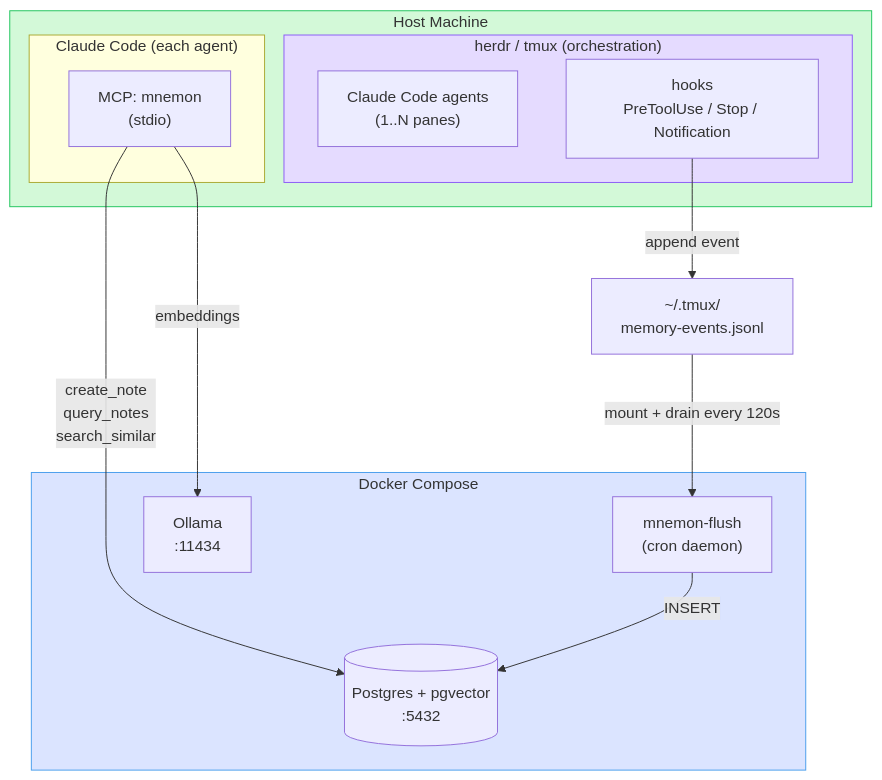
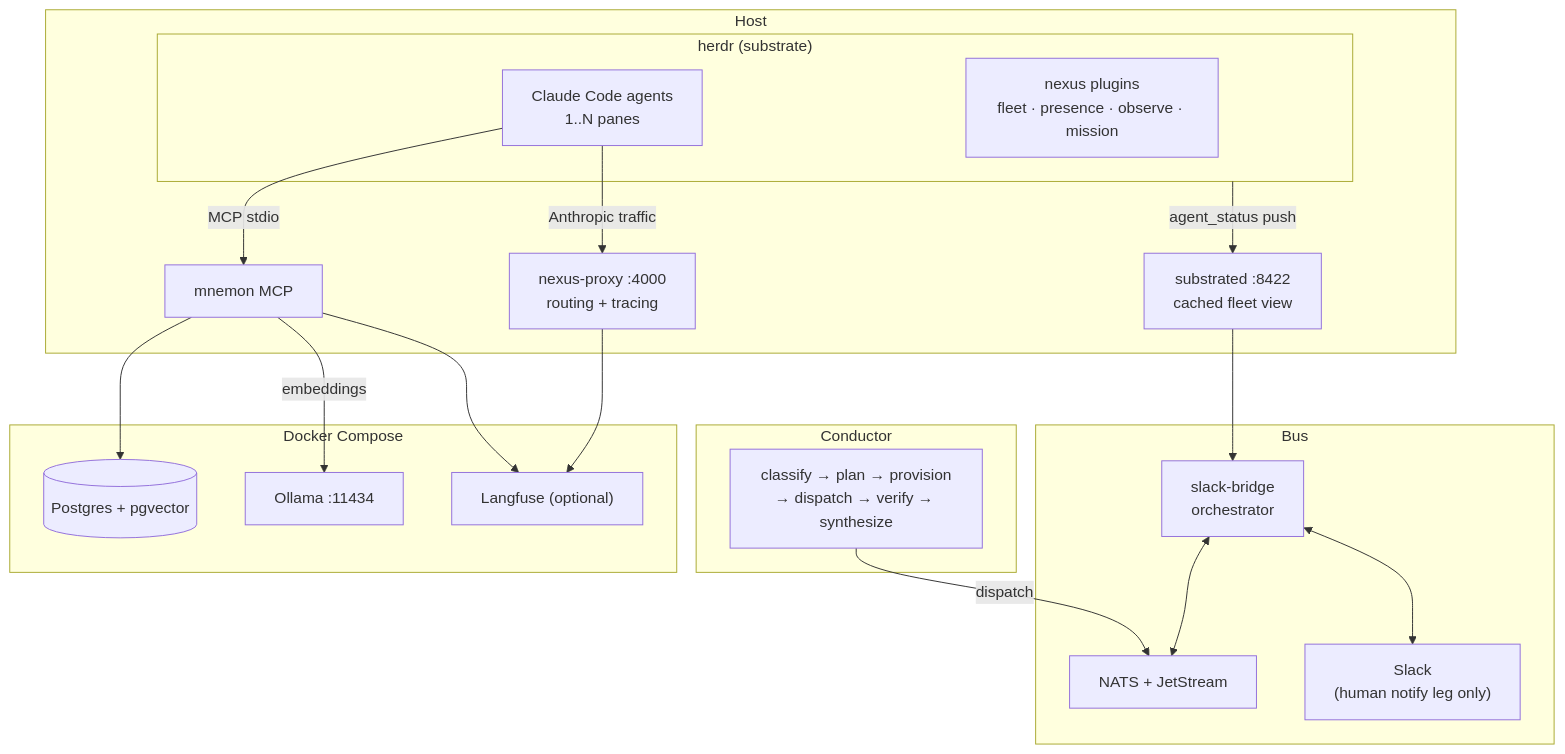
Before and after one commit to persinac/agents-nexus: the diagram in README.md, drawn with Mermaid. The commit also changed other lines of this file, not shown here.

````diff
--- a/README.md
+++ b/README.md
@@ -33,34 +56,39 @@
 ```mermaid
 graph TB
-      subgraph host["Host Machine"]
-          subgraph tmux["herdr / tmux (orchestration)"]
-              agents["Claude Code agents\n(1..N panes)"]
-              hooks["hooks\nPreToolUse / Stop / Notification"]
-          end
+  subgraph host["Host"]
+    subgraph herdr["herdr (substrate)"]
+      agents["Claude Code agents<br/>1..N panes"]
+      plugins["nexus plugins<br/>fleet · presence · observe · mission"]
+    end
+    substrated["substrated :8422<br/>cached fleet view"]
+    proxy_svc["nexus-proxy :4000<br/>routing + tracing"]
+    agents -->|"MCP stdio"| mnemon_mcp["mnemon MCP"]
+    agents -->|"Anthropic traffic"| proxy_svc
+    herdr -->|"agent_status push"| substrated
+  end
 
-          subgraph claude["Claude Code (each agent)"]
-              mcp_mnemon["MCP: mnemon\n(stdio)"]
-          end
-      end
+  subgraph bus["Bus"]
+    nats["NATS + JetStream"]
+    bridge["slack-bridge<br/>orchestrator"]
+    slack["Slack<br/>(human notify leg only)"]
+    substrated --> bridge
+    bridge <--> nats
+    bridge <--> slack
+  end
 
-      subgraph docker["Docker Compose"]
-          ollama["Ollama\n:11434"]
-          postgres[("Postgres + pgvector\n:5432")]
-          mnemon_flush["mnemon-flush\n(cron daemon)"]
-      end
+  subgraph conductor["Conductor"]
+    mission["classify → plan → provision<br/>→ dispatch → verify → synthesize"]
+    mission -->|"dispatch"| nats
+  end
 
-      jsonl["~/.tmux/\nmemory-events.jsonl"]
+  subgraph docker["Docker Compose"]
+    pg[("Postgres + pgvector")]
+    ollama["Ollama :11434"]
+    lf["Langfuse (optional)"]
+  end
 
-      %% hook → jsonl → flush → postgres
-      hooks -->|"append event"| jsonl
-      jsonl -->|"mount + drain every 120s"| mnemon_flush
-      mnemon_flush -->|"INSERT"| postgres
-
-      %% MCP mnemon (stdio) → postgres
-      mcp_mnemon -->|"create_note\nquery_notes\nsearch_similar"| postgres
-      mcp_mnemon -->|"embeddings"| ollama
-
-      style docker fill:#dbe4ff,stroke:#4a9eed
-      style host fill:#d3f9d8,stroke:#22c55e
-      style tmux fill:#e5dbff,stroke:#8b5cf6
+  mnemon_mcp --> pg
+  mnemon_mcp -->|"embeddings"| ollama
+  proxy_svc --> lf
+  mnemon_mcp --> lf
 ```
````
